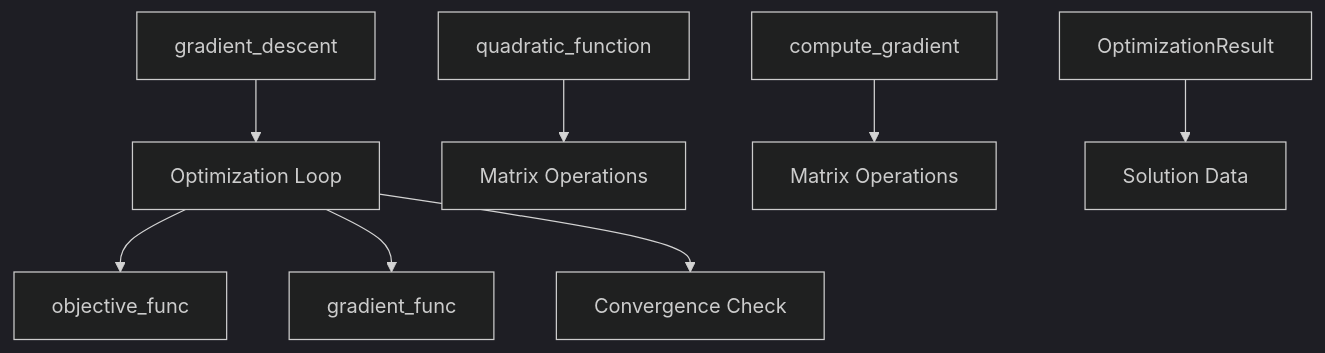
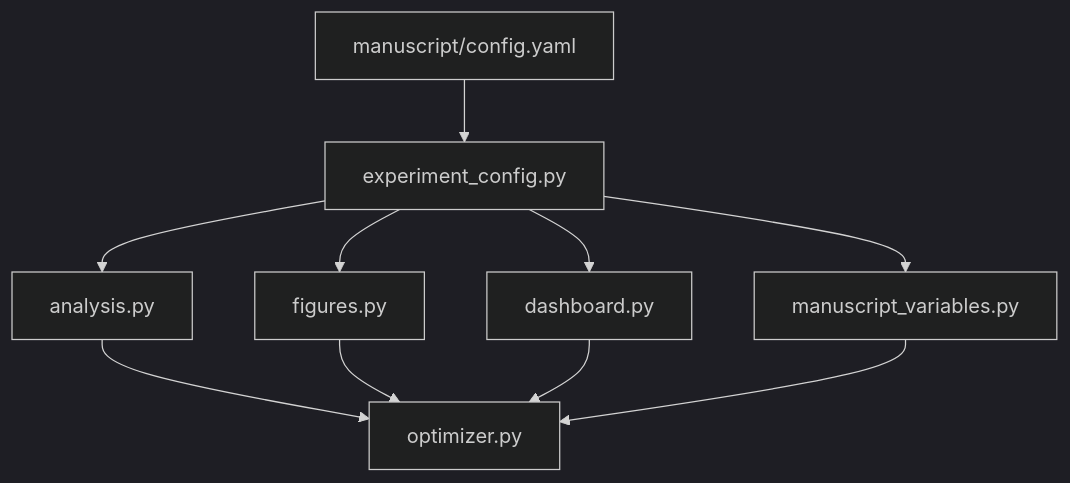
One commit to docxology/template changed the diagram in projects/template_code_project/src/README.md. Above: the diagram before and after it, drawn with Mermaid (dark theme). The commit also changed other lines of this file and 424 other files, not shown here.

````diff
--- a/projects/template_code_project/src/README.md
+++ b/projects/template_code_project/src/README.md
@@ -54,12 +66,13 @@
 ```mermaid
 graph TD
-    A[gradient_descent] --> B[Optimization Loop]
-    B --> C[objective_func]
-    B --> D[gradient_func]
-    B --> E[Convergence Check]
+    YAML[manuscript/config.yaml] --> CFG[experiment_config.py]
+    CFG --> ANA[analysis.py]
+    CFG --> FIG[figures.py]
+    CFG --> DASH[dashboard.py]
+    CFG --> VARS[manuscript_variables.py]
 
-    F[quadratic_function] --> G[Matrix Operations]
-    H[compute_gradient] --> I[Matrix Operations]
-
-    J[OptimizationResult] --> K[Solution Data]
+    ANA --> OPT[optimizer.py]
+    FIG --> OPT
+    DASH --> OPT
+    VARS --> OPT
 ```
````
